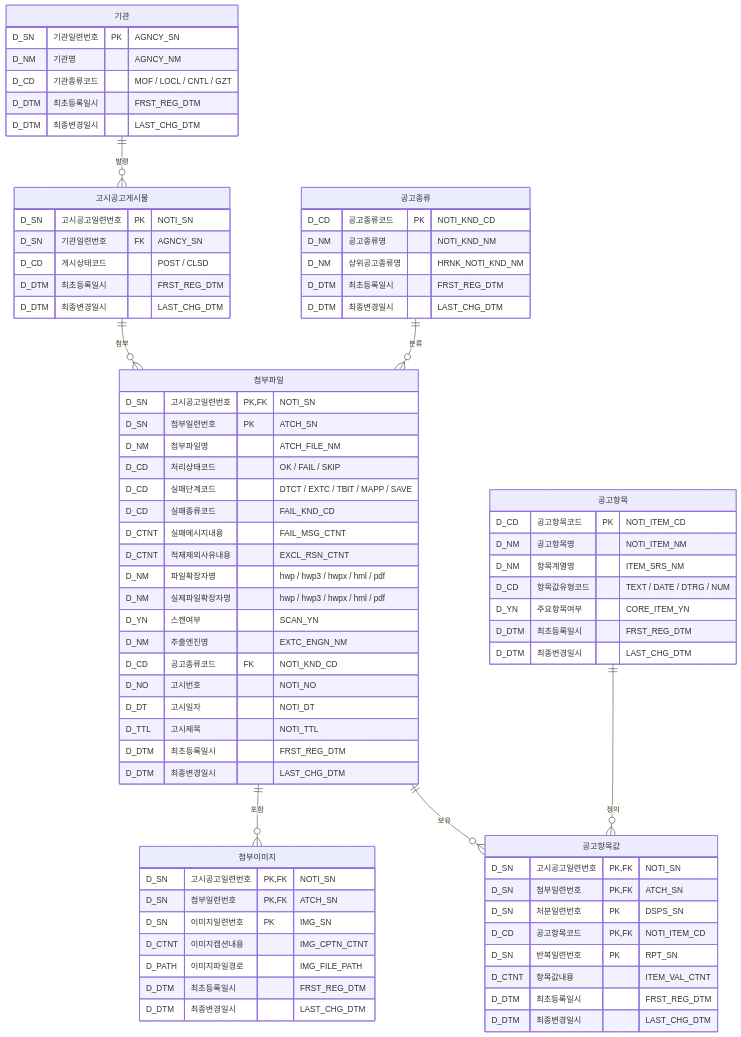
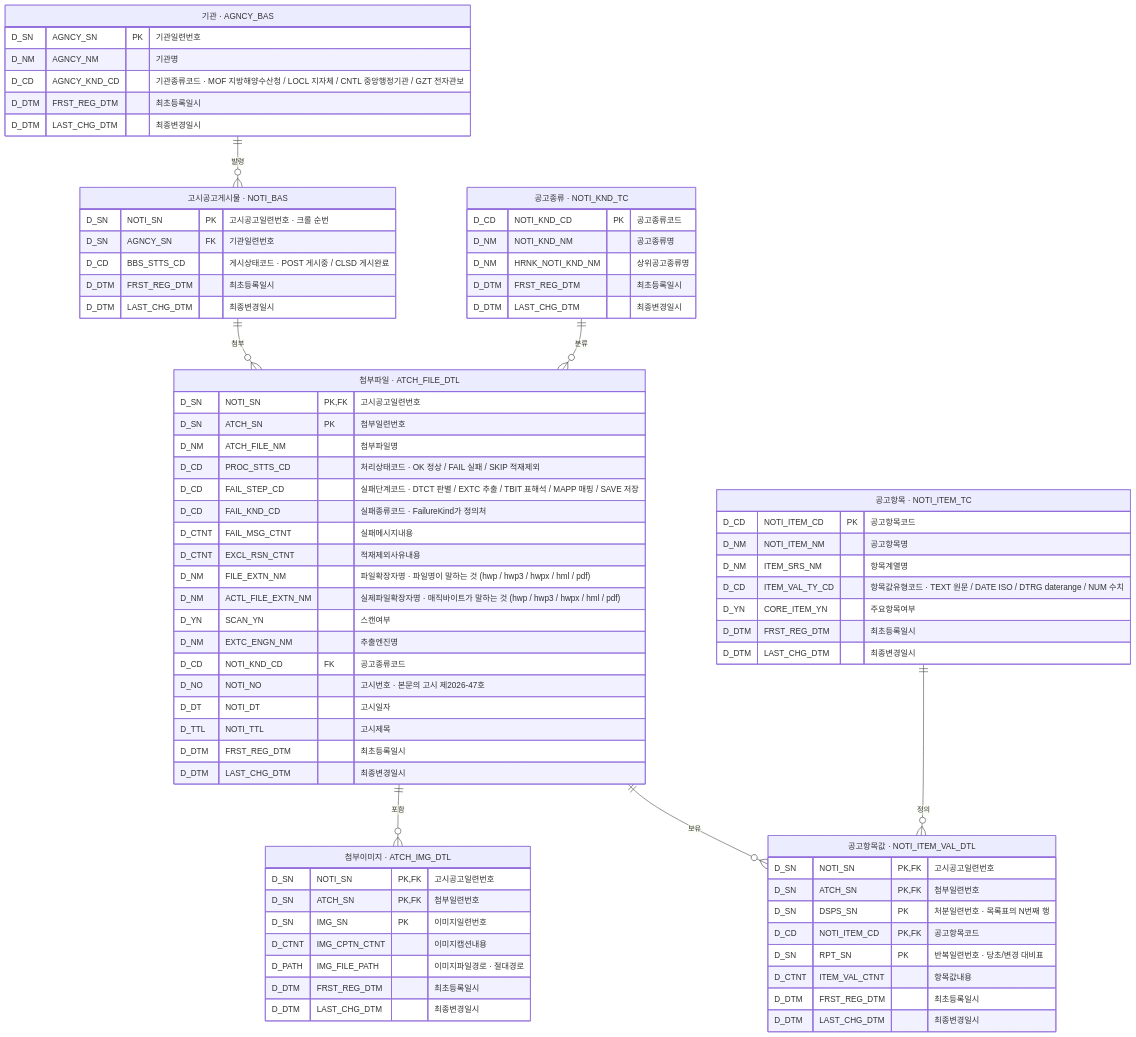
One commit to Team-All4Land/All4Land_java-pipeline changed the diagram in README.md. Above: the diagram before and after it, drawn with Mermaid. The commit also changed other lines of this file, not shown here.

Commit message:
README를 중요도 순으로 재배치하고 ERD가 GitHub에서 렌더링되도록 고침 (#23)
읽는 사람이 위에서부터 필요한 순서로 만나도록 절을 다시 놓았다.
요약표·목차 → 빠른 시작 → 흐름·구조 → 사용법 → 데이터 모델 → 운영 →
설계 근거 → 확장 순이다. 판단의 근거를 적은 긴 절(라우팅·EAV·표준 사전·
고시번호와 허가번호·공고종류 판정·계열·.bin 이미지)은 "설계 근거" 한 곳으로
모아 아래로 내렸다. 본문은 옮기기만 했고 문장을 지우지 않았다.

ERD는 GitHub에서 다이어그램이 아니라 소스가 그대로 보이고 있었다. Mermaid의
ER 문법은 엔터티·속성 이름 자리에 ASCII만 받는데(한글 식별자는 11.6.0부터
파싱된다) 논리명을 한글로 적어 파싱 단계에서 실패한 것이다. 식별자는 물리명
으로 바꾸고, 한글 논리명은 문자열로 취급되는 주석 칸과 엔터티 별칭으로
옮겼다. 엔터티 머리에 "논리명 · 물리명"이 함께 남아 읽히는 정보는 오히려
늘었다. mermaid 10.9.4 / 11.0.2 / 11.4.1 / 11.6.0 / 11.9.0 / 11.17.0에서
파싱과 렌더링을 모두 확인했다.

곁들여 고친 것:
- 요약표에 하는 일·입력·산출물·스택·원칙·DB를 한 줄씩
- 목차를 시작하기/사용법/데이터/운영/배경으로 묶어 표 하나로
- 흩어져 있던 진단 수단(detect --summary, --failures, --tables, render,
  --unmapped)을 "진단과 검수"로 모으고 대조표를 앞에 둠
- 요구 사항·빌드를 "빠른 시작" 아래로 합쳐 첫 실행이 위에서 끝나게 함
- 문서 목록 절 추가
- 내부 앵커 전부 검증 (깨진 링크 0)

Claude-Session: https://claude.ai/code/session_019YzvKzhmh1jgaQESX1TjH9

````diff
--- a/README.md
+++ b/README.md
@@ -641,79 +285,79 @@
 ```mermaid
 erDiagram
-    기관 ||--o{ 고시공고게시물 : "발령"
-    고시공고게시물 ||--o{ 첨부파일 : "첨부"
-    첨부파일 ||--o{ 첨부이미지 : "포함"
-    첨부파일 ||--o{ 공고항목값 : "보유"
-    공고종류 ||--o{ 첨부파일 : "분류"
-    공고항목 ||--o{ 공고항목값 : "정의"
+    AGNCY_BAS         ||--o{ NOTI_BAS          : "발령"
+    NOTI_BAS          ||--o{ ATCH_FILE_DTL     : "첨부"
+    ATCH_FILE_DTL     ||--o{ ATCH_IMG_DTL      : "포함"
+    ATCH_FILE_DTL     ||--o{ NOTI_ITEM_VAL_DTL : "보유"
+    NOTI_KND_TC       ||--o{ ATCH_FILE_DTL     : "분류"
+    NOTI_ITEM_TC      ||--o{ NOTI_ITEM_VAL_DTL : "정의"
 
-    기관 {
-        D_SN 기관일련번호 PK "AGNCY_SN"
-        D_NM 기관명 "AGNCY_NM"
-        D_CD 기관종류코드 "MOF / LOCL / CNTL / GZT"
-        D_DTM 최초등록일시 "FRST_REG_DTM"
-        D_DTM 최종변경일시 "LAST_CHG_DTM"
+    AGNCY_BAS["기관 · AGNCY_BAS"] {
+        D_SN   AGNCY_SN     PK "기관일련번호"
+        D_NM   AGNCY_NM        "기관명"
+        D_CD   AGNCY_KND_CD    "기관종류코드 · MOF 지방해양수산청 / LOCL 지자체 / CNTL 중앙행정기관 / GZT 전자관보"
+        D_DTM  FRST_REG_DTM    "최초등록일시"
+        D_DTM  LAST_CHG_DTM    "최종변경일시"
     }
-    고시공고게시물 {
-        D_SN 고시공고일련번호 PK "NOTI_SN"
-        D_SN 기관일련번호 FK "AGNCY_SN"
-        D_CD 게시상태코드 "POST / CLSD"
-        D_DTM 최초등록일시 "FRST_REG_DTM"
-        D_DTM 최종변경일시 "LAST_CHG_DTM"
+    NOTI_BAS["고시공고게시물 · NOTI_BAS"] {
+        D_SN   NOTI_SN      PK "고시공고일련번호 · 크롤 순번"
+        D_SN   AGNCY_SN     FK "기관일련번호"
+        D_CD   BBS_STTS_CD     "게시상태코드 · POST 게시중 / CLSD 게시완료"
+        D_DTM  FRST_REG_DTM    "최초등록일시"
+        D_DTM  LAST_CHG_DTM    "최종변경일시"
     }
-    첨부파일 {
-        D_SN 고시공고일련번호 PK,FK "NOTI_SN"
-        D_SN 첨부일련번호 PK "ATCH_SN"
-        D_NM 첨부파일명 "ATCH_FILE_NM"
-        D_CD 처리상태코드 "OK / FAIL / SKIP"
-        D_CD 실패단계코드 "DTCT / EXTC / TBIT / MAPP / SAVE"
-        D_CD 실패종류코드 "FAIL_KND_CD"
-        D_CTNT 실패메시지내용 "FAIL_MSG_CTNT"
-        D_CTNT 적재제외사유내용 "EXCL_RSN_CTNT"
-        D_NM 파일확장자명 "hwp / hwp3 / hwpx / hml / pdf"
-        D_NM 실제파일확장자명 "hwp / hwp3 / hwpx / hml / pdf"
-        D_YN 스캔여부 "SCAN_YN"
-        D_NM 추출엔진명 "EXTC_ENGN_NM"
-        D_CD 공고종류코드 FK "NOTI_KND_CD"
-        D_NO 고시번호 "NOTI_NO"
-        D_DT 고시일자 "NOTI_DT"
-        D_TTL 고시제목 "NOTI_TTL"
-        D_DTM 최초등록일시 "FRST_REG_DTM"
-        D_DTM 최종변경일시 "LAST_CHG_DTM"
+    ATCH_FILE_DTL["첨부파일 · ATCH_FILE_DTL"] {
+        D_SN   NOTI_SN            PK,FK "고시공고일련번호"
+        D_SN   ATCH_SN            PK    "첨부일련번호"
+        D_NM   ATCH_FILE_NM             "첨부파일명"
+        D_CD   PROC_STTS_CD             "처리상태코드 · OK 정상 / FAIL 실패 / SKIP 적재제외"
+        D_CD   FAIL_STEP_CD             "실패단계코드 · DTCT 판별 / EXTC 추출 / TBIT 표해석 / MAPP 매핑 / SAVE 저장"
+        D_CD   FAIL_KND_CD              "실패종류코드 · FailureKind가 정의처"
+        D_CTNT FAIL_MSG_CTNT            "실패메시지내용"
+        D_CTNT EXCL_RSN_CTNT            "적재제외사유내용"
+        D_NM   FILE_EXTN_NM             "파일확장자명 · 파일명이 말하는 것 (hwp / hwp3 / hwpx / hml / pdf)"
+        D_NM   ACTL_FILE_EXTN_NM        "실제파일확장자명 · 매직바이트가 말하는 것 (hwp / hwp3 / hwpx / hml / pdf)"
+        D_YN   SCAN_YN                  "스캔여부"
+        D_NM   EXTC_ENGN_NM             "추출엔진명"
+        D_CD   NOTI_KND_CD        FK    "공고종류코드"
+        D_NO   NOTI_NO                  "고시번호 · 본문의 고시 제2026-47호"
+        D_DT   NOTI_DT                  "고시일자"
+        D_TTL  NOTI_TTL                 "고시제목"
+        D_DTM  FRST_REG_DTM             "최초등록일시"
+        D_DTM  LAST_CHG_DTM             "최종변경일시"
     }
-    첨부이미지 {
-        D_SN 고시공고일련번호 PK,FK "NOTI_SN"
-        D_SN 첨부일련번호 PK,FK "ATCH_SN"
-        D_SN 이미지일련번호 PK "IMG_SN"
-        D_CTNT 이미지캡션내용 "IMG_CPTN_CTNT"
-        D_PATH 이미지파일경로 "IMG_FILE_PATH"
-        D_DTM 최초등록일시 "FRST_REG_DTM"
-        D_DTM 최종변경일시 "LAST_CHG_DTM"
+    ATCH_IMG_DTL["첨부이미지 · ATCH_IMG_DTL"] {
+        D_SN   NOTI_SN       PK,FK "고시공고일련번호"
+        D_SN   ATCH_SN       PK,FK "첨부일련번호"
+        D_SN   IMG_SN        PK    "이미지일련번호"
+        D_CTNT IMG_CPTN_CTNT       "이미지캡션내용"
+        D_PATH IMG_FILE_PATH       "이미지파일경로 · 절대경로"
+        D_DTM  FRST_REG_DTM        "최초등록일시"
+        D_DTM  LAST_CHG_DTM        "최종변경일시"
     }
-    공고항목값 {
-        D_SN 고시공고일련번호 PK,FK "NOTI_SN"
-        D_SN 첨부일련번호 PK,FK "ATCH_SN"
-        D_SN 처분일련번호 PK "DSPS_SN"
-        D_CD 공고항목코드 PK,FK "NOTI_ITEM_CD"
-        D_SN 반복일련번호 PK "RPT_SN"
-        D_CTNT 항목값내용 "ITEM_VAL_CTNT"
-        D_DTM 최초등록일시 "FRST_REG_DTM"
-        D_DTM 최종변경일시 "LAST_CHG_DTM"
+    NOTI_ITEM_VAL_DTL["공고항목값 · NOTI_ITEM_VAL_DTL"] {
+        D_SN   NOTI_SN       PK,FK "고시공고일련번호"
+        D_SN   ATCH_SN       PK,FK "첨부일련번호"
+        D_SN   DSPS_SN       PK    "처분일련번호 · 목록표의 N번째 행"
+        D_CD   NOTI_ITEM_CD  PK,FK "공고항목코드"
+        D_SN   RPT_SN        PK    "반복일련번호 · 당초/변경 대비표"
+        D_CTNT ITEM_VAL_CTNT       "항목값내용"
+        D_DTM  FRST_REG_DTM        "최초등록일시"
+        D_DTM  LAST_CHG_DTM        "최종변경일시"
     }
-    공고종류 {
-        D_CD 공고종류코드 PK "NOTI_KND_CD"
-        D_NM 공고종류명 "NOTI_KND_NM"
-        D_NM 상위공고종류명 "HRNK_NOTI_KND_NM"
-        D_DTM 최초등록일시 "FRST_REG_DTM"
-        D_DTM 최종변경일시 "LAST_CHG_DTM"
+    NOTI_KND_TC["공고종류 · NOTI_KND_TC"] {
+        D_CD   NOTI_KND_CD      PK "공고종류코드"
+        D_NM   NOTI_KND_NM         "공고종류명"
+        D_NM   HRNK_NOTI_KND_NM    "상위공고종류명"
+        D_DTM  FRST_REG_DTM        "최초등록일시"
+        D_DTM  LAST_CHG_DTM        "최종변경일시"
     }
-    공고항목 {
-        D_CD 공고항목코드 PK "NOTI_ITEM_CD"
-        D_NM 공고항목명 "NOTI_ITEM_NM"
-        D_NM 항목계열명 "ITEM_SRS_NM"
-        D_CD 항목값유형코드 "TEXT / DATE / DTRG / NUM"
-        D_YN 주요항목여부 "CORE_ITEM_YN"
-        D_DTM 최초등록일시 "FRST_REG_DTM"
-        D_DTM 최종변경일시 "LAST_CHG_DTM"
+    NOTI_ITEM_TC["공고항목 · NOTI_ITEM_TC"] {
+        D_CD   NOTI_ITEM_CD    PK "공고항목코드"
+        D_NM   NOTI_ITEM_NM       "공고항목명"
+        D_NM   ITEM_SRS_NM        "항목계열명"
+        D_CD   ITEM_VAL_TY_CD     "항목값유형코드 · TEXT 원문 / DATE ISO / DTRG daterange / NUM 수치"
+        D_YN   CORE_ITEM_YN       "주요항목여부"
+        D_DTM  FRST_REG_DTM       "최초등록일시"
+        D_DTM  LAST_CHG_DTM       "최종변경일시"
     }
 ```
````
